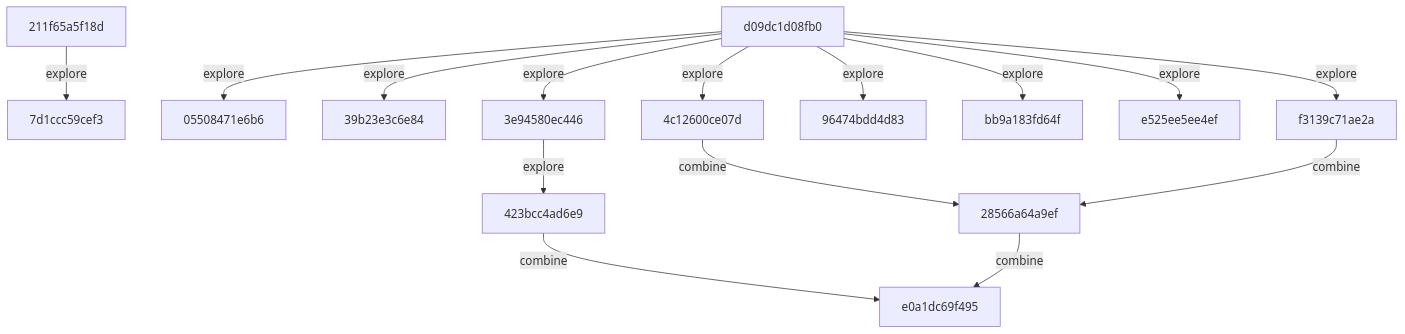
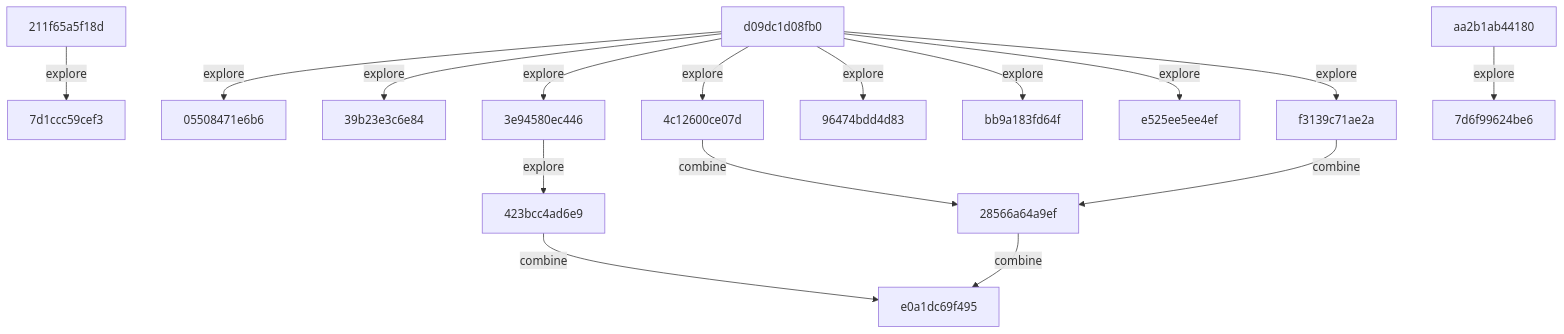
One commit to timbtz/feyer-search-lab changed the diagram in README.md. Above: the diagram before and after it, drawn with Mermaid. The commit also changed other lines of this file and 1 other file, not shown here.

Commit message:
research: timbtz

````diff
--- a/README.md
+++ b/README.md
@@ -23,31 +23,34 @@
 ```mermaid
 graph TD
   c0["05508471e6b6"]
   c1["211f65a5f18d"]
   c2["28566a64a9ef"]
   c3["39b23e3c6e84"]
   c4["3e94580ec446"]
   c5["423bcc4ad6e9"]
   c6["4c12600ce07d"]
   c7["7d1ccc59cef3"]
-  c8["96474bdd4d83"]
-  c9["bb9a183fd64f"]
-  c10["d09dc1d08fb0"]
-  c11["e0a1dc69f495"]
-  c12["e525ee5ee4ef"]
-  c13["f3139c71ae2a"]
+  c8["7d6f99624be6"]
+  c9["96474bdd4d83"]
+  c10["aa2b1ab44180"]
+  c11["bb9a183fd64f"]
+  c12["d09dc1d08fb0"]
+  c13["e0a1dc69f495"]
+  c14["e525ee5ee4ef"]
+  c15["f3139c71ae2a"]
   c1 -->|explore| c7
-  c2 -->|combine| c11
+  c2 -->|combine| c13
   c4 -->|explore| c5
-  c5 -->|combine| c11
+  c5 -->|combine| c13
   c6 -->|combine| c2
-  c10 -->|explore| c0
-  c10 -->|explore| c3
-  c10 -->|explore| c4
-  c10 -->|explore| c6
   c10 -->|explore| c8
-  c10 -->|explore| c9
-  c10 -->|explore| c12
-  c10 -->|explore| c13
-  c13 -->|combine| c2
+  c12 -->|explore| c0
+  c12 -->|explore| c3
+  c12 -->|explore| c4
+  c12 -->|explore| c6
+  c12 -->|explore| c9
+  c12 -->|explore| c11
+  c12 -->|explore| c14
+  c12 -->|explore| c15
+  c15 -->|combine| c2
 ```
````
